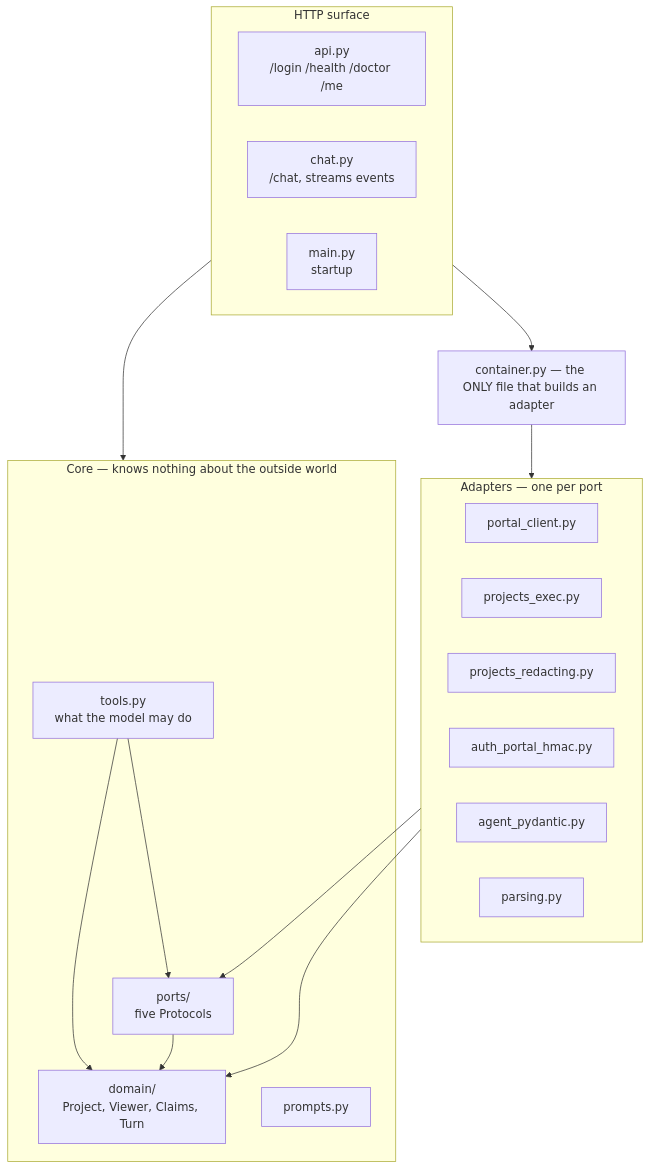
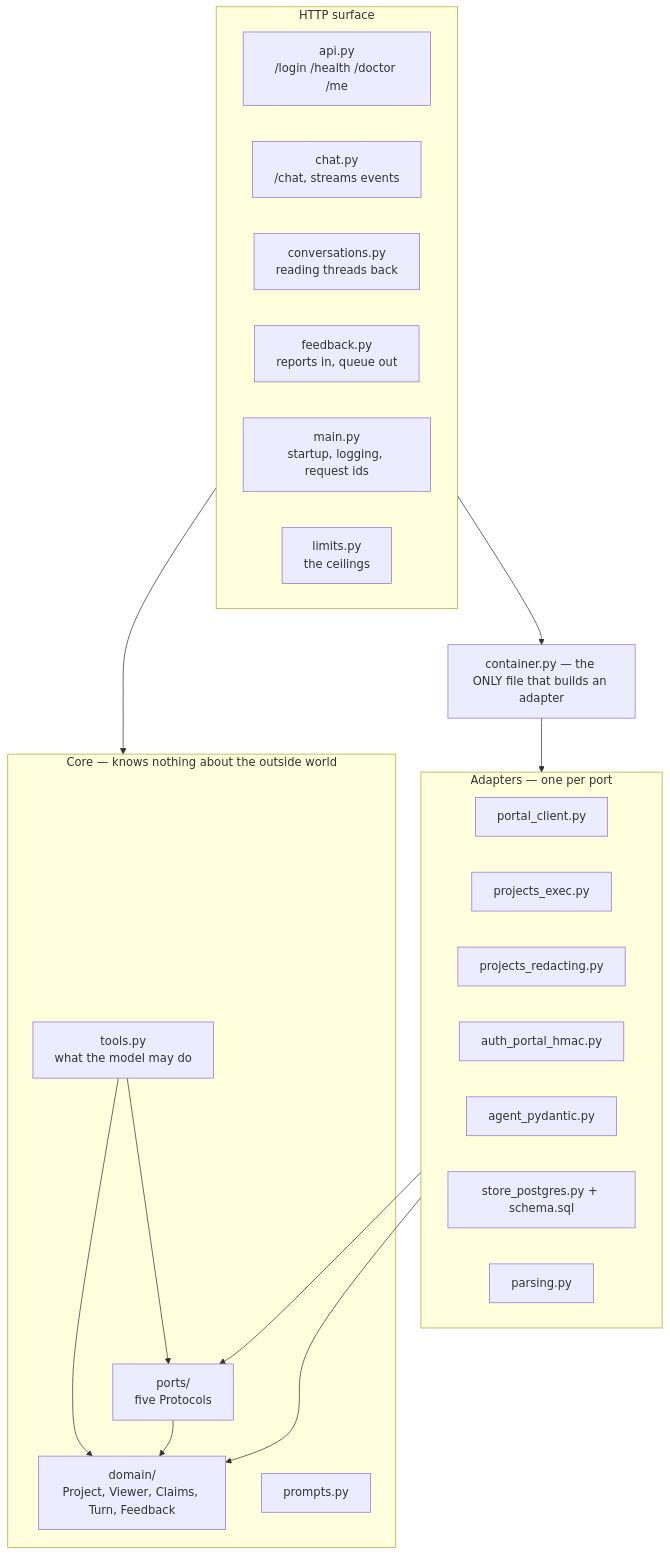
Before and after one commit to aurakeyrealty/Realtor-Portal: the third of 14 diagrams in docs/aura-chat/how-it-works.md, drawn with Mermaid. The commit also changed other lines of this file and 4 other files, not shown here.

````diff
--- a/docs/aura-chat/how-it-works.md
+++ b/docs/aura-chat/how-it-works.md
@@ -285,32 +332,36 @@
 ```mermaid
 flowchart TD
     subgraph HTTP["HTTP surface"]
         API["api.py<br/>/login /health /doctor /me"]
         CHAT["chat.py<br/>/chat, streams events"]
-        MAIN["main.py<br/>startup"]
+        CONV["conversations.py<br/>reading threads back"]
+        FB["feedback.py<br/>reports in, queue out"]
+        MAIN["main.py<br/>startup, logging, request ids"]
+        LIM["limits.py<br/>the ceilings"]
     end
     subgraph CORE["Core — knows nothing about the outside world"]
         TOOLS["tools.py<br/>what the model may do"]
-        DOM["domain/<br/>Project, Viewer, Claims, Turn"]
+        DOM["domain/<br/>Project, Viewer, Claims, Turn, Feedback"]
         PORTS["ports/<br/>five Protocols"]
         PROMPT["prompts.py"]
     end
     subgraph ADAPT["Adapters — one per port"]
         PC["portal_client.py"]
         PE["projects_exec.py"]
         PR["projects_redacting.py"]
         AUTH["auth_portal_hmac.py"]
         AG["agent_pydantic.py"]
+        ST["store_postgres.py + schema.sql"]
         PARSE["parsing.py"]
     end
     CONT["container.py — the ONLY file that builds an adapter"]
 
     HTTP --> CONT
     HTTP --> CORE
     TOOLS --> PORTS
     TOOLS --> DOM
     PORTS --> DOM
     CONT --> ADAPT
     ADAPT --> PORTS
     ADAPT --> DOM
 ```
````
